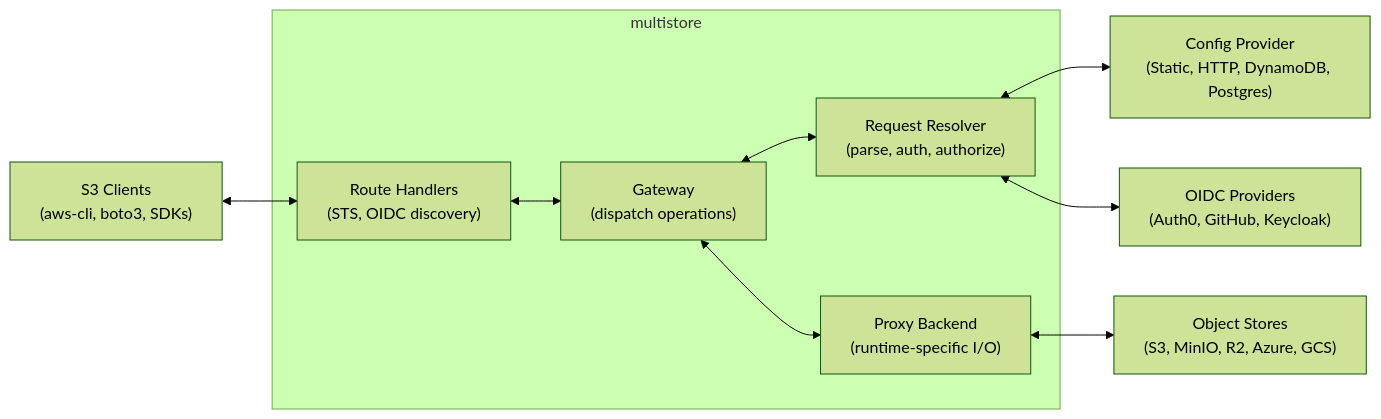
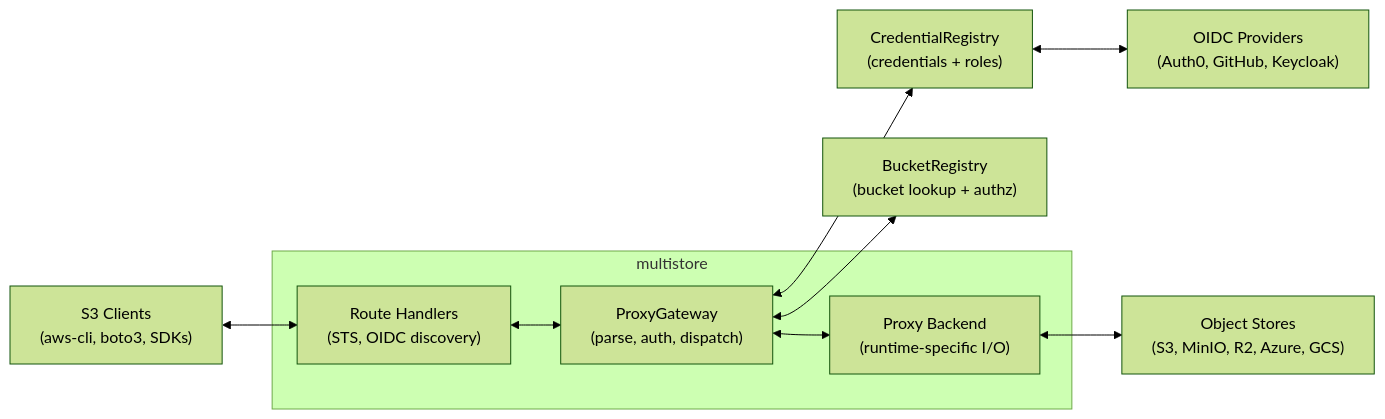
Before and after one commit to developmentseed/multistore: the diagram in docs/architecture/index.md, drawn with Mermaid (forest theme). The commit also changed other lines of this file and 28 other files, not shown here.

Commit message:
refactor: use BucketRegistry and CredentialRegistry traits

````diff
--- a/docs/architecture/index.md
+++ b/docs/architecture/index.md
@@ -7,23 +7,23 @@
 ```mermaid
 flowchart LR
     Clients["S3 Clients<br>(aws-cli, boto3, SDKs)"]
 
     subgraph Proxy["multistore"]
         RouteHandlers["Route Handlers<br>(STS, OIDC discovery)"]
-        Resolver["Request Resolver<br>(parse, auth, authorize)"]
-        Gateway["Gateway<br>(dispatch operations)"]
+        Gateway["ProxyGateway<br>(parse, auth, dispatch)"]
         Backend["Proxy Backend<br>(runtime-specific I/O)"]
     end
 
-    Config["Config Provider<br>(Static, HTTP, DynamoDB, Postgres)"]
+    BucketReg["BucketRegistry<br>(bucket lookup + authz)"]
+    CredReg["CredentialRegistry<br>(credentials + roles)"]
     OIDC["OIDC Providers<br>(Auth0, GitHub, Keycloak)"]
     Stores["Object Stores<br>(S3, MinIO, R2, Azure, GCS)"]
 
     Clients <--> RouteHandlers
     RouteHandlers <--> Gateway
-    Gateway <--> Resolver
-    Resolver <--> Config
-    Resolver <--> OIDC
+    Gateway <--> BucketReg
+    Gateway <--> CredReg
+    CredReg <--> OIDC
     Gateway <--> Backend
     Backend <--> Stores
 ```
````
